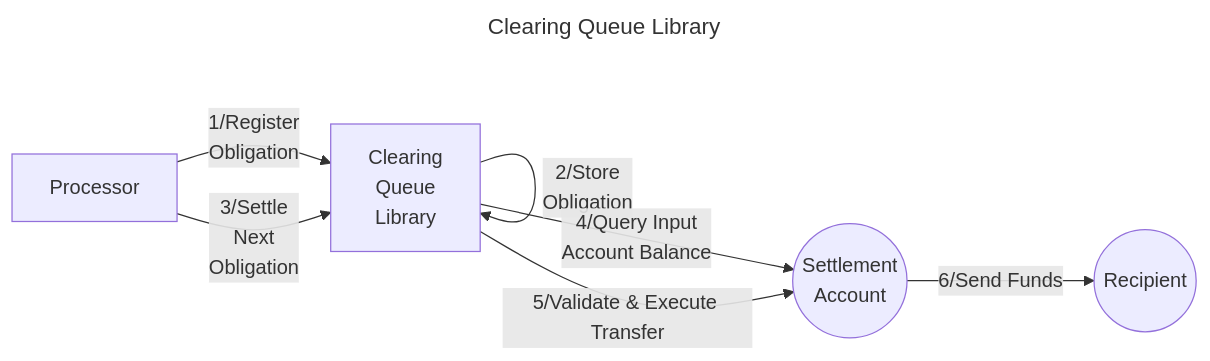
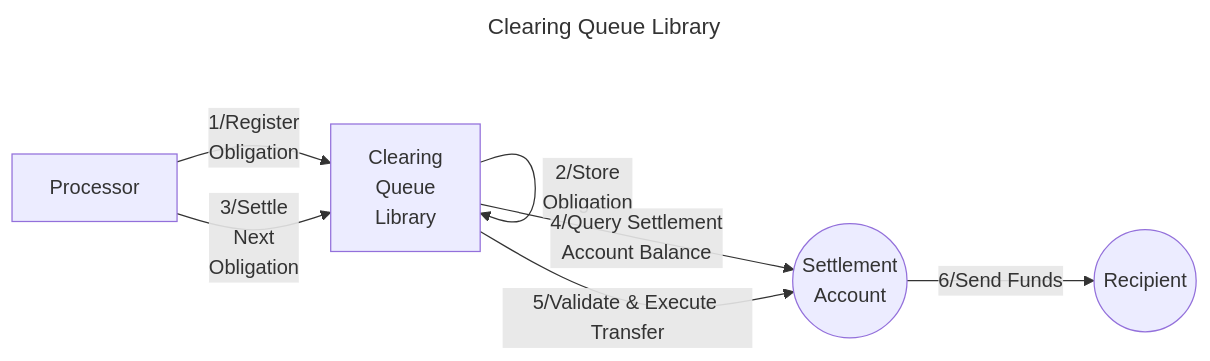
Before and after one commit to timewave-computer/valence-protocol: the diagram in docs/src/libraries/cosmwasm/clearing_queue.md, drawn with Mermaid. The commit also changed other lines of this file and 5 other files, not shown here.

Commit message:
rename input acc to settlement acc

````diff
--- a/docs/src/libraries/cosmwasm/clearing_queue.md
+++ b/docs/src/libraries/cosmwasm/clearing_queue.md
@@ -10,16 +10,16 @@
 ```mermaid
 ---
 title: Clearing Queue Library
 ---
 graph LR
   IA((Settlement<br>Account))
   R((Recipient))
   P[Processor]
   CQ[Clearing<br>Queue<br>Library]
   P -- 1/Register<br>Obligation --> CQ
   CQ -- 2/Store<br>Obligation --> CQ
   P -- 3/Settle<br>Next<br>Obligation --> CQ
-  CQ -- 4/Query Input<br>Account Balance --> IA
+  CQ -- 4/Query Settlement<br>Account Balance --> IA
   CQ -- 5/Validate & Execute Transfer --> IA
   IA -- 6/Send Funds --> R
 ```
````
